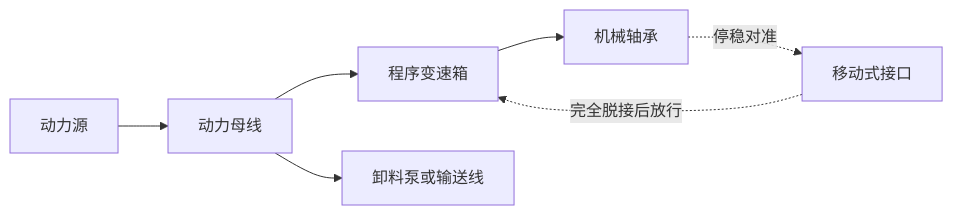
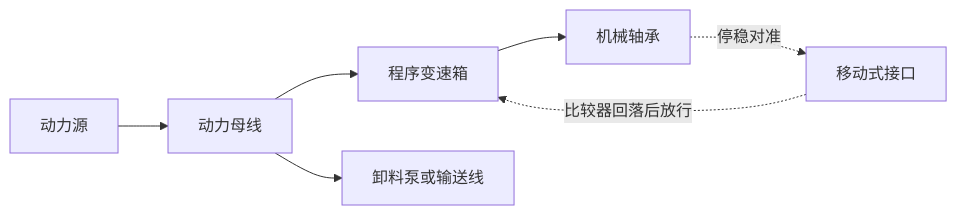
Before and after one commit to DiliuPengyun/Differential-Create: the second of 3 diagrams in docs/PORTABLE_STORAGE_DESIGN.md, drawn with Mermaid. The commit also changed other lines of this file and 34 other files, not shown here.

````diff
--- a/docs/PORTABLE_STORAGE_DESIGN.md
+++ b/docs/PORTABLE_STORAGE_DESIGN.md
@@ -57,9 +57,9 @@
 ```mermaid
 flowchart LR
     Source[动力源] --> Bus[动力母线]
     Bus --> Control[程序变速箱]
     Control --> Body[机械轴承]
     Bus --> Transfer[卸料泵或输送线]
     Body -. 停稳对准 .-> Port[移动式接口]
-    Port -. 完全脱接后放行 .-> Control
+    Port -. 比较器回落后放行 .-> Control
 ```
````
